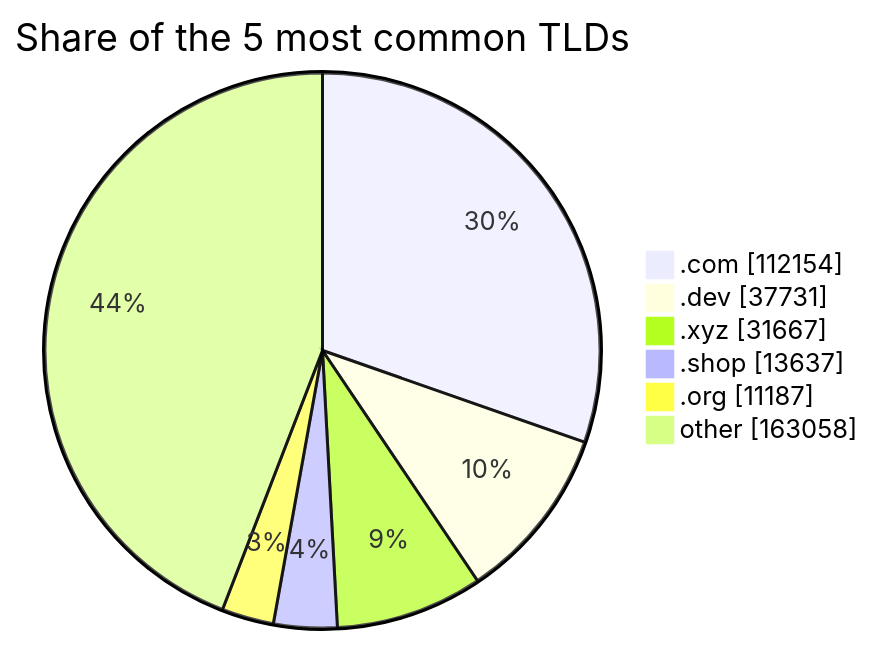
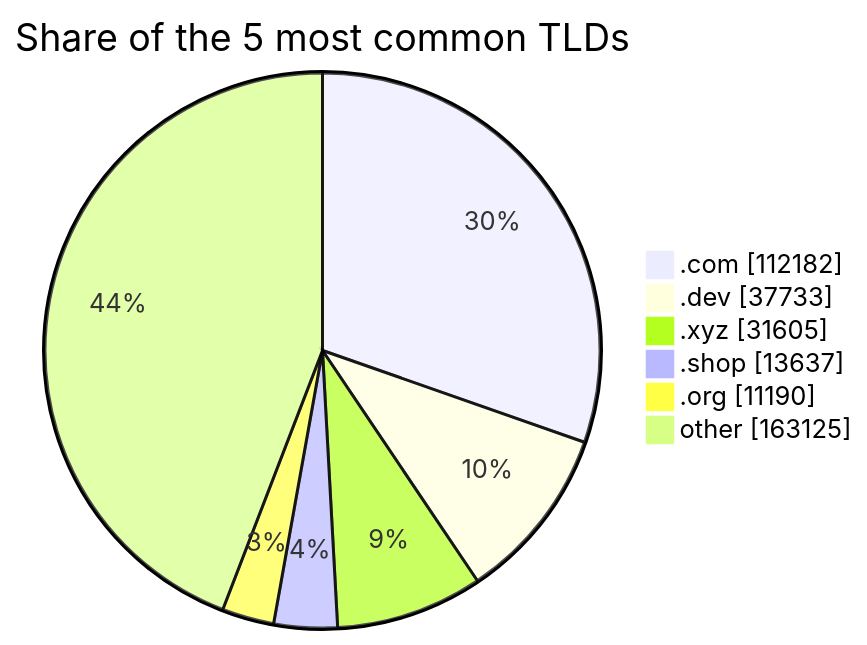
The third of 3 diagrams in README.md (DNSBunker/CTI), drawn with Mermaid before and after one commit. The commit also changed other lines of this file and 3 other files, not shown here.

````diff
--- a/README.md
+++ b/README.md
@@ -81,9 +81,9 @@
 ```mermaid
 pie showData title Share of the 5 most common TLDs
-    ".com" : 112154
-    ".dev" : 37731
-    ".xyz" : 31667
+    ".com" : 112182
+    ".dev" : 37733
+    ".xyz" : 31605
     ".shop" : 13637
-    ".org" : 11187
-    "other" : 163058
+    ".org" : 11190
+    "other" : 163125
 ```
````
